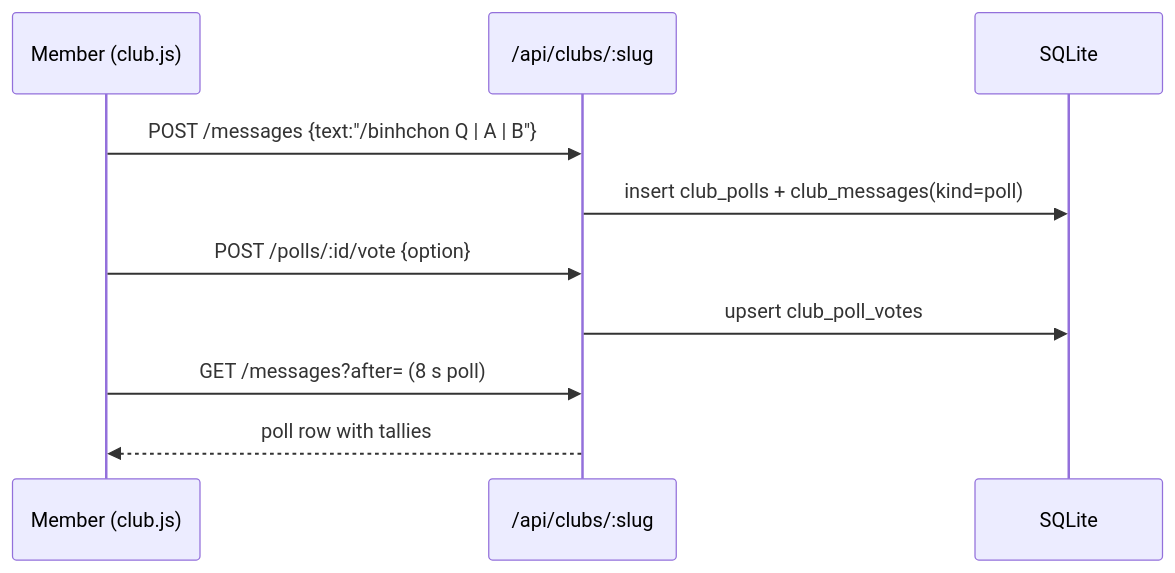
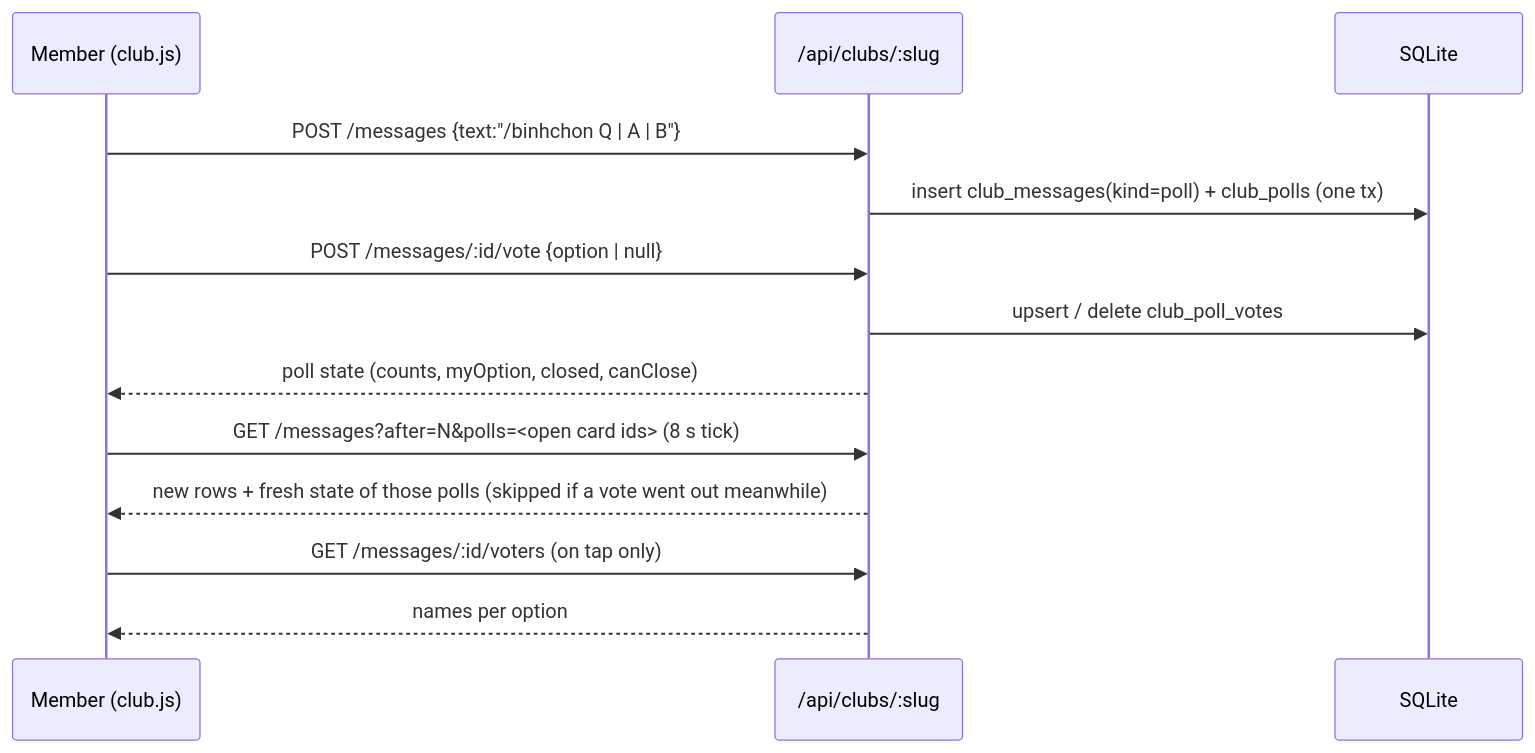
One commit to nguyencongminh090/gomoku-vn changed the diagram in features/club-polls/diagram/uml_diagram/sequence.md. Above: the diagram before and after it, drawn with Mermaid. The commit also changed 40 other files, not shown here.

Commit message:
feat(club): club polls (#449)

````diff
--- a/features/club-polls/diagram/uml_diagram/sequence.md
+++ b/features/club-polls/diagram/uml_diagram/sequence.md
@@ -3,12 +3,15 @@
 ```mermaid
 sequenceDiagram
   participant M as Member (club.js)
   participant S as /api/clubs/:slug
   participant DB as SQLite
   M->>S: POST /messages {text:"/binhchon Q | A | B"}
-  S->>DB: insert club_polls + club_messages(kind=poll)
-  M->>S: POST /polls/:id/vote {option}
-  S->>DB: upsert club_poll_votes
-  M->>S: GET /messages?after= (8 s poll)
-  S-->>M: poll row with tallies
+  S->>DB: insert club_messages(kind=poll) + club_polls (one tx)
+  M->>S: POST /messages/:id/vote {option | null}
+  S->>DB: upsert / delete club_poll_votes
+  S-->>M: poll state (counts, myOption, closed, canClose)
+  M->>S: GET /messages?after=N&polls=<open card ids> (8 s tick)
+  S-->>M: new rows + fresh state of those polls (skipped if a vote went out meanwhile)
+  M->>S: GET /messages/:id/voters (on tap only)
+  S-->>M: names per option
 ```
````
